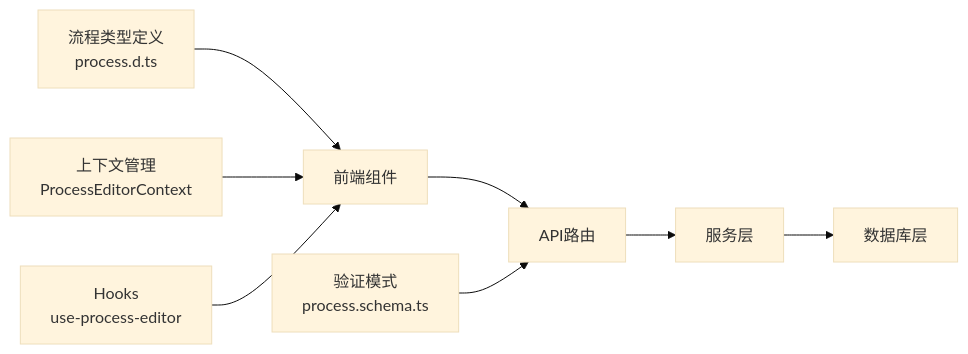
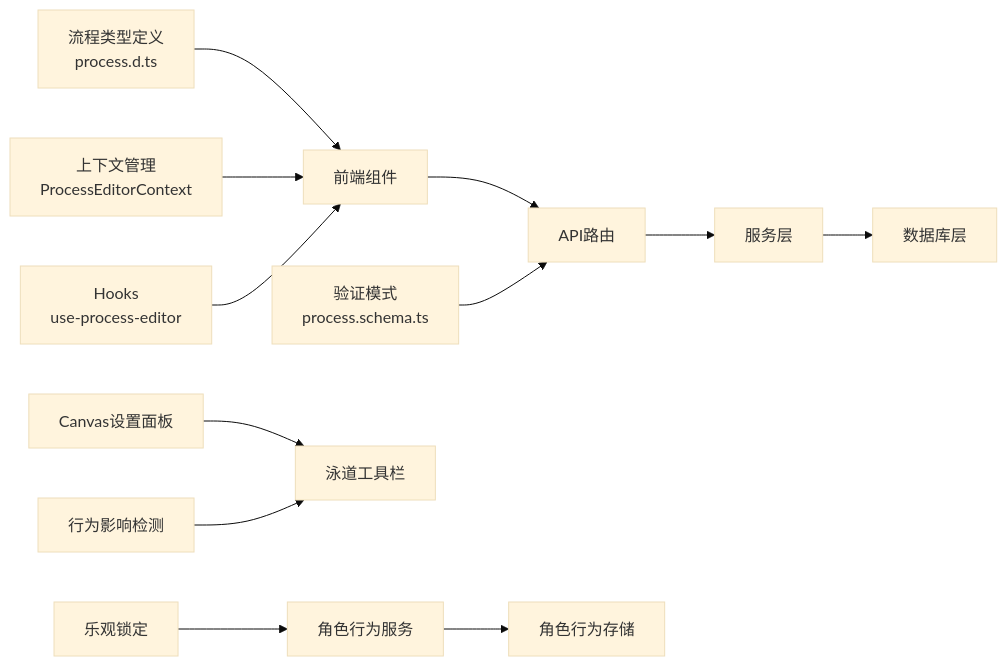
Before and after one commit to kai-cui1/ai-prototype-manager: the tenth of 10 diagrams in .qoder/repowiki/zh/content/核心模块/业务流程管理模块.md, drawn with Mermaid (base theme). The commit also changed other lines of this file and 114 other files, not shown here.

First line of the commit message:
docs: 路线图/AGENTS/知识库同步 + 系统架构图

````diff
--- a/.qoder/repowiki/zh/content/核心模块/业务流程管理模块.md
+++ b/.qoder/repowiki/zh/content/核心模块/业务流程管理模块.md
@@ -315,10 +478,14 @@
 ```mermaid
 graph LR
 PT["流程类型定义<br/>process.d.ts"] --> WEB["前端组件"]
 WEB --> ROUTES["API路由"]
 ROUTES --> SERVICES["服务层"]
 SERVICES --> DB["数据库层"]
 SCHEMA["验证模式<br/>process.schema.ts"] --> ROUTES
 CONTEXT["上下文管理<br/>ProcessEditorContext"] --> WEB
 HOOKS["Hooks<br/>use-process-editor"] --> WEB
+CSS["Canvas设置面板"] --> ST["泳道工具栏"]
+RBS["角色行为服务"] --> BEHAVIOR["角色行为存储"]
+IMPACT["行为影响检测"] --> ST
+OPTLOCK["乐观锁定"] --> RBS
 ```
````
